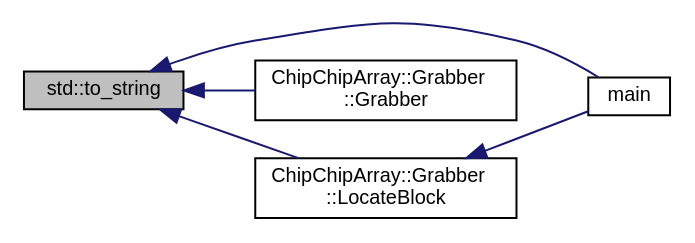
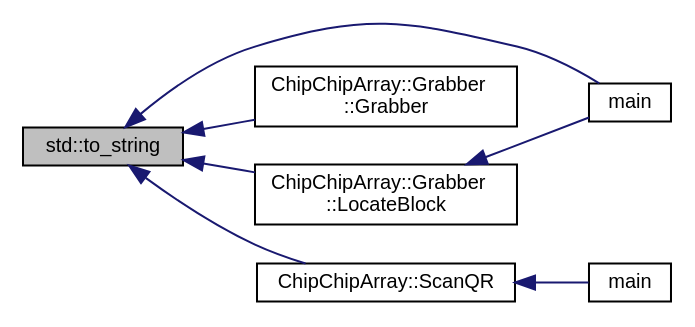
Before and after one commit to sawbg/chip-chip-array: the diagram in doc/rtf/namespacestd_aa5ddf582a1c96ffe258c997be9a294a3_icgraph.dot, drawn with Graphviz. The commit also changed 236 other files, not shown here.

```diff
--- a/doc/rtf/namespacestd_aa5ddf582a1c96ffe258c997be9a294a3_icgraph.dot
+++ b/doc/rtf/namespacestd_aa5ddf582a1c96ffe258c997be9a294a3_icgraph.dot
@@ -1,14 +1,18 @@
 digraph "std::to_string"
 {
   edge [fontname="Helvetica",fontsize="10",labelfontname="Helvetica",labelfontsize="10"];
   node [fontname="Helvetica",fontsize="10",shape=record];
   rankdir="LR";
   Node1 [label="std::to_string",height=0.2,width=0.4,color="black", fillcolor="grey75", style="filled", fontcolor="black"];
   Node1 -> Node2 [dir="back",color="midnightblue",fontsize="10",style="solid",fontname="Helvetica"];
   Node2 [label="main",height=0.2,width=0.4,color="black", fillcolor="white", style="filled",URL="$cv__test_8cpp.html#ae66f6b31b5ad750f1fe042a706a4e3d4"];
   Node1 -> Node3 [dir="back",color="midnightblue",fontsize="10",style="solid",fontname="Helvetica"];
   Node3 [label="ChipChipArray::Grabber\l::Grabber",height=0.2,width=0.4,color="black", fillcolor="white", style="filled",URL="$classChipChipArray_1_1Grabber.html#a7333f40c135fbe92d59651f75032b4e7"];
   Node1 -> Node4 [dir="back",color="midnightblue",fontsize="10",style="solid",fontname="Helvetica"];
   Node4 [label="ChipChipArray::Grabber\l::LocateBlock",height=0.2,width=0.4,color="black", fillcolor="white", style="filled",URL="$classChipChipArray_1_1Grabber.html#a86bc18ecf71c7ff4e324df0467af124a"];
   Node4 -> Node2 [dir="back",color="midnightblue",fontsize="10",style="solid",fontname="Helvetica"];
+  Node1 -> Node5 [dir="back",color="midnightblue",fontsize="10",style="solid",fontname="Helvetica"];
+  Node5 [label="ChipChipArray::ScanQR",height=0.2,width=0.4,color="black", fillcolor="white", style="filled",URL="$namespaceChipChipArray.html#a6c7465049b5d408e1a238b6d8ffa887d"];
+  Node5 -> Node6 [dir="back",color="midnightblue",fontsize="10",style="solid",fontname="Helvetica"];
+  Node6 [label="main",height=0.2,width=0.4,color="black", fillcolor="white", style="filled",URL="$qr__test_8cpp.html#ae66f6b31b5ad750f1fe042a706a4e3d4"];
 }
```
